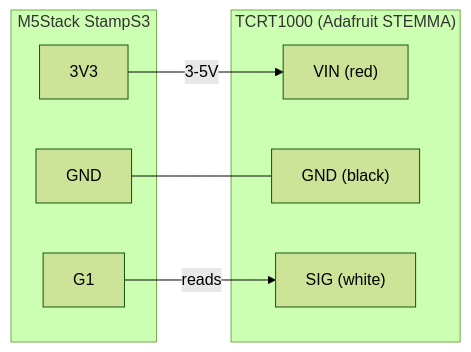
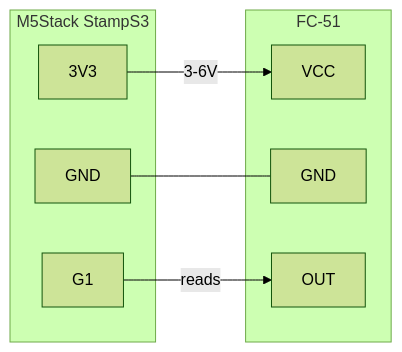
Before and after one commit to leicht-io/SpinDex: the diagram in documentation/pinSetup.md, drawn with Mermaid (forest theme). The commit also changed other lines of this file and 21 other files, not shown here.

````diff
--- a/documentation/pinSetup.md
+++ b/documentation/pinSetup.md
@@ -14,16 +14,16 @@
 ```mermaid
 graph LR
     subgraph StampS3["M5Stack StampS3"]
         S3_3V3["3V3"]
         S3_GND["GND"]
         S3_G1["G1"]
     end
-    subgraph TCRT["TCRT1000 (Adafruit STEMMA)"]
-        T_VIN["VIN (red)"]
-        T_GND["GND (black)"]
-        T_SIG["SIG (white)"]
+    subgraph FC51["FC-51"]
+        F_VCC["VCC"]
+        F_GND["GND"]
+        F_OUT["OUT"]
     end
-    S3_3V3 -->|3-5V| T_VIN
-    S3_GND --- T_GND
-    S3_G1 -->|reads| T_SIG
+    S3_3V3 -->|3-6V| F_VCC
+    S3_GND --- F_GND
+    S3_G1 -->|reads| F_OUT
 ```
````
